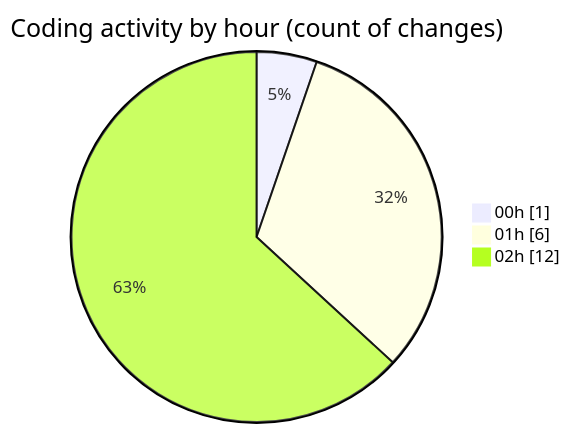
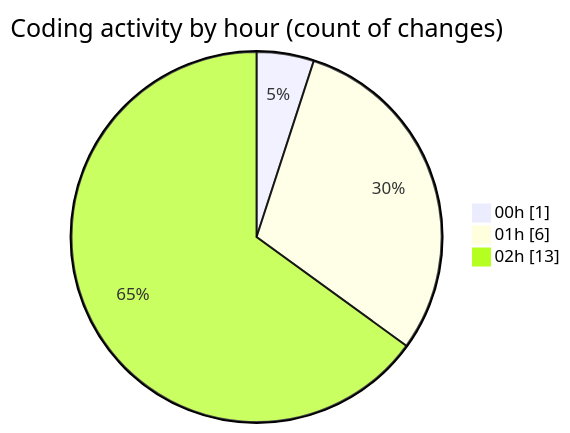
Before and after one commit to julien-gomy/code-tracking: the second of 2 diagrams in 2025-11-22/eventscop-frontend-guide__workspace_/README.md, drawn with Mermaid. The commit also changed other lines of this file and 1 other file, not shown here.

````diff
--- a/2025-11-22/eventscop-frontend-guide__workspace_/README.md
+++ b/2025-11-22/eventscop-frontend-guide__workspace_/README.md
@@ -35,7 +36,7 @@
 ```mermaid
 pie showData
 title Coding activity by hour (count of changes)
 "00h" : 1
 "01h" : 6
-"02h" : 12
+"02h" : 13
 ```
````
